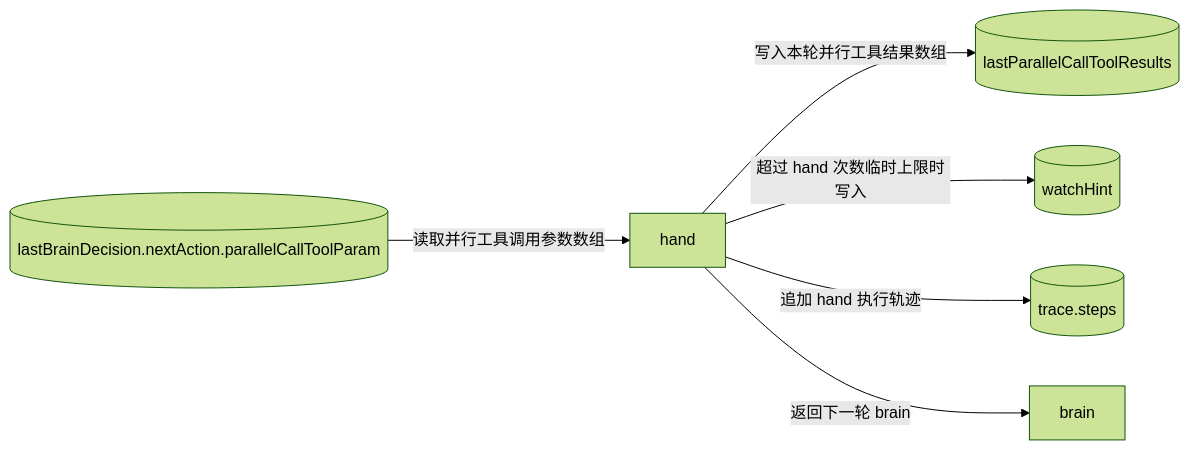
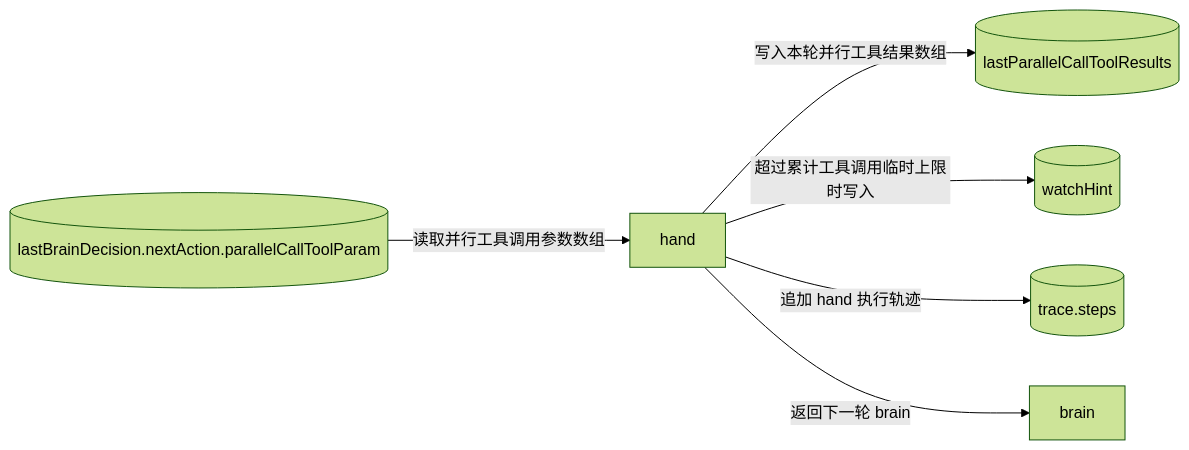
One commit to Yoan98/Ncurator changed the fifth of 6 diagrams in doc/ai-design/data-definition-and-flow.md. Above: the diagram before and after it, drawn with Mermaid (forest theme). The commit also changed other lines of this file and 6 other files, not shown here.

````diff
--- a/doc/ai-design/data-definition-and-flow.md
+++ b/doc/ai-design/data-definition-and-flow.md
@@ -427,15 +402,15 @@
 ```mermaid
 flowchart LR
     LBD[("lastBrainDecision.nextAction.parallelCallToolParam")]
     H["hand"]
     LTR[("lastParallelCallToolResults")]
     WH[("watchHint")]
     TR[("trace.steps")]
     B["brain"]
 
     LBD -->|读取并行工具调用参数数组| H
     H -->|写入本轮并行工具结果数组| LTR
-    H -->|超过 hand 次数临时上限时写入| WH
+    H -->|超过累计工具调用临时上限时写入| WH
     H -->|追加 hand 执行轨迹| TR
     H -->|返回下一轮 brain| B
 ```
````
